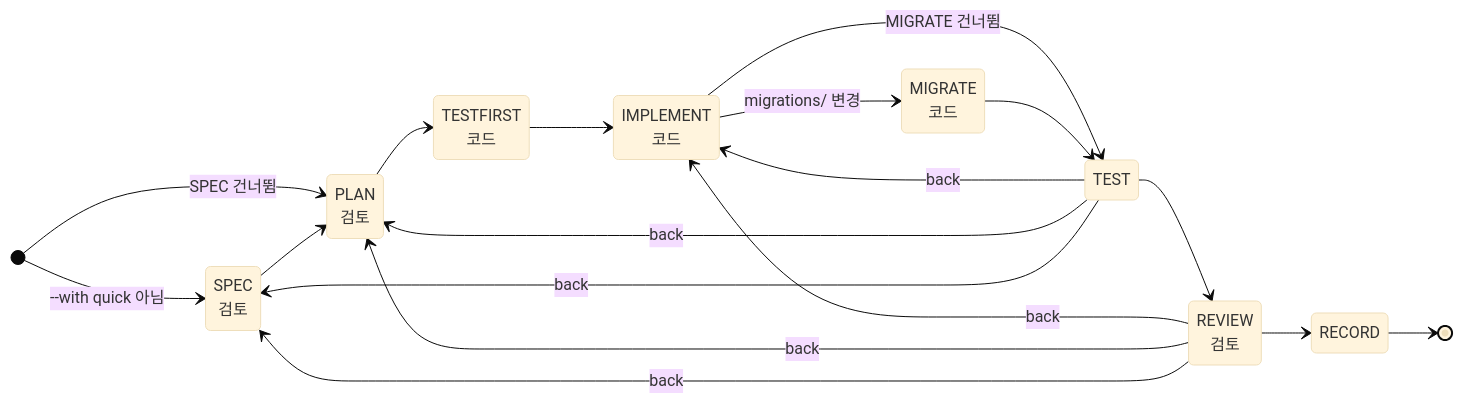
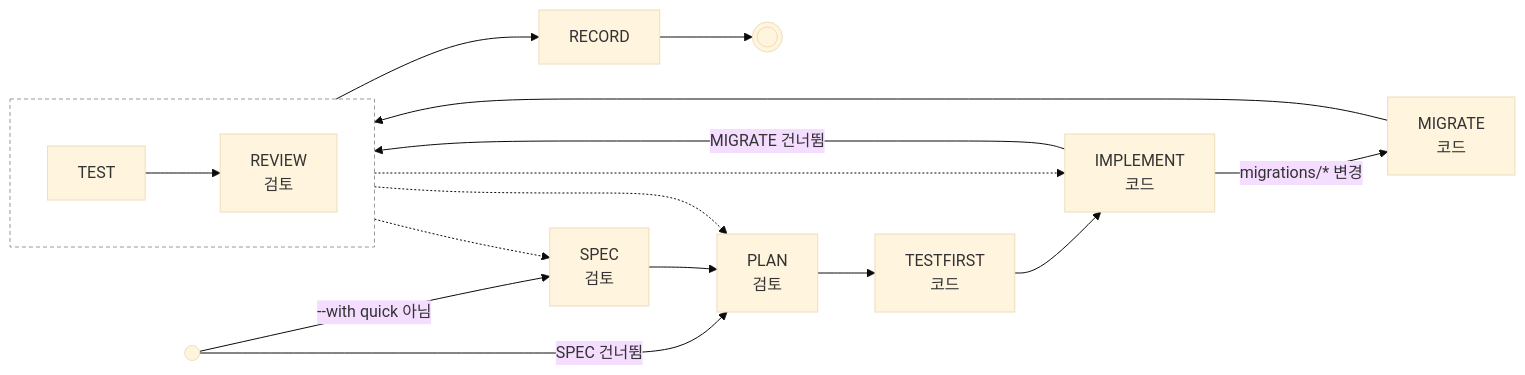
Before and after one commit to taejeong0416/dynamic-stagegate-harness: the second of 2 diagrams in README.md, drawn with Mermaid (base theme). The commit also changed other lines of this file and 1 other file, not shown here.

Commit message:
docs: README의 상태 경로 다이어그램을 새 flowchart 출력으로 바꾸고 점선과 점선 상자의 뜻을 README와 GATE.md에 적음

````diff
--- a/README.md
+++ b/README.md
@@ -116,27 +120,31 @@
 ```mermaid
-stateDiagram-v2
-    direction LR
-    state "SPEC<br>검토" as SPEC
-    state "PLAN<br>검토" as PLAN
-    state "TESTFIRST<br>코드" as TESTFIRST
-    state "IMPLEMENT<br>코드" as IMPLEMENT
-    state "MIGRATE<br>코드" as MIGRATE
-    state "REVIEW<br>검토" as REVIEW
-    [*] --> SPEC : --with quick 아님
-    [*] --> PLAN : SPEC 건너뜀
+flowchart LR
+    start(( ))
+    done((( )))
+    SPEC["SPEC<br>검토"]
+    PLAN["PLAN<br>검토"]
+    TESTFIRST["TESTFIRST<br>코드"]
+    IMPLEMENT["IMPLEMENT<br>코드"]
+    MIGRATE["MIGRATE<br>코드"]
+    subgraph back0 [" "]
+        direction LR
+        TEST
+        REVIEW["REVIEW<br>검토"]
+    end
+    style back0 fill:none,stroke:#999,stroke-dasharray:4 3
+    RECORD
+    start -->|"--with quick 아님"| SPEC
+    start -->|"SPEC 건너뜀"| PLAN
     SPEC --> PLAN
     PLAN --> TESTFIRST
     TESTFIRST --> IMPLEMENT
-    IMPLEMENT --> MIGRATE : migrations/ 변경
-    IMPLEMENT --> TEST : MIGRATE 건너뜀
+    IMPLEMENT -->|"migrations/* 변경"| MIGRATE
+    IMPLEMENT -->|"MIGRATE 건너뜀"| TEST
     MIGRATE --> TEST
     TEST --> REVIEW
     REVIEW --> RECORD
-    RECORD --> [*]
-    TEST --> IMPLEMENT : back
-    TEST --> PLAN : back
-    TEST --> SPEC : back
-    REVIEW --> IMPLEMENT : back
-    REVIEW --> PLAN : back
-    REVIEW --> SPEC : back
+    RECORD --> done
+    back0 -.-> IMPLEMENT
+    back0 -.-> PLAN
+    back0 -.-> SPEC
 ```
````
